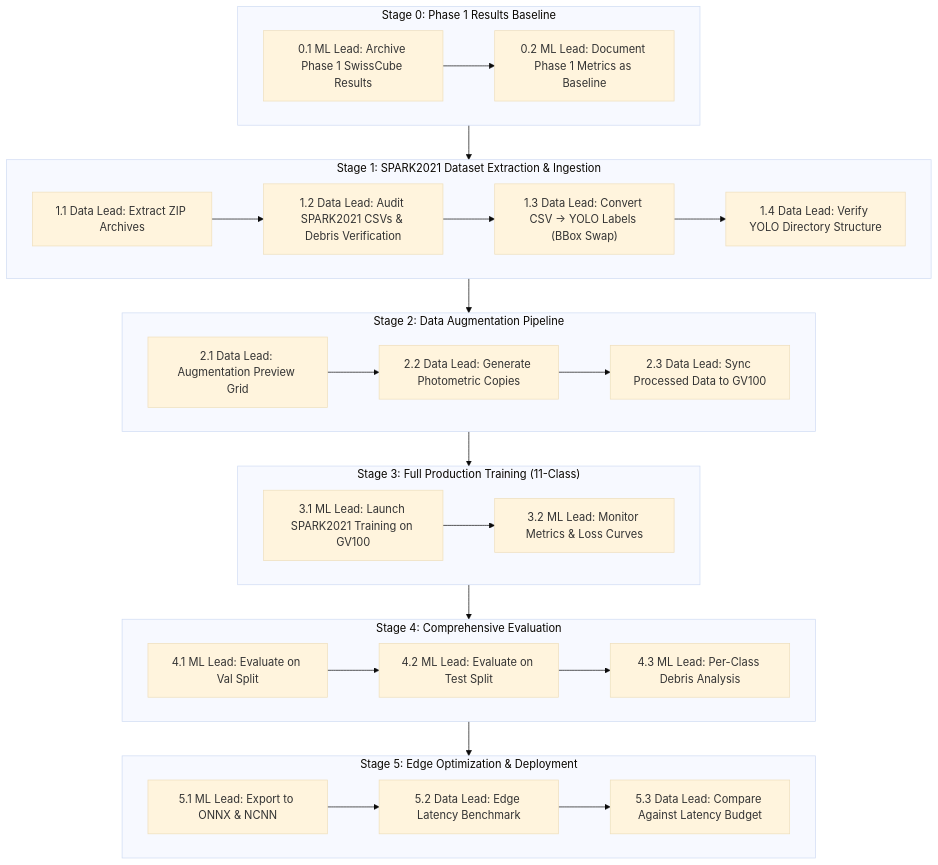
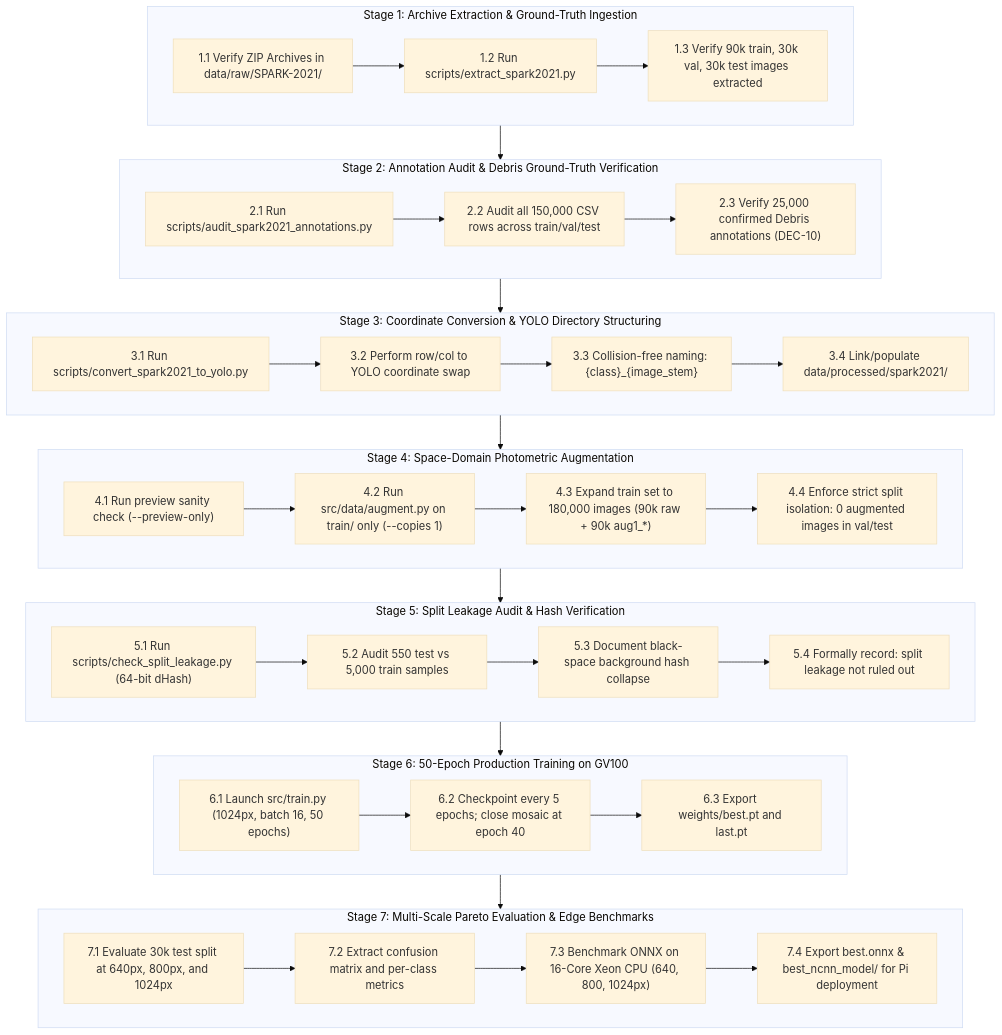
The diagram in docs/WORKFLOW_PLAYBOOK.md (Wall-E-30/space-debris-detection-system), drawn with Mermaid (base theme) before and after one commit. The commit also changed other lines of this file, not shown here.

Commit message:
docs: create Phase 2 workflow playbook tailored for NVIDIA Quadro GV100 workstation

````diff
--- a/docs/WORKFLOW_PLAYBOOK.md
+++ b/docs/WORKFLOW_PLAYBOOK.md
@@ -37,38 +31,55 @@
 ```mermaid
 flowchart TD
-    subgraph STAGE_0["Stage 0: Phase 1 Results Baseline"]
-        S0_1["0.1 ML Lead: Archive Phase 1 SwissCube Results"]
-        S0_1 --> S0_2["0.2 ML Lead: Document Phase 1 Metrics as Baseline"]
+    subgraph STAGE_1["Stage 1: Archive Extraction & Ground-Truth Ingestion"]
+        S1_1["1.1 Verify ZIP Archives in data/raw/SPARK-2021/"]
+        S1_1 --> S1_2["1.2 Run scripts/extract_spark2021.py"]
+        S1_2 --> S1_3["1.3 Verify 90k train, 30k val, 30k test images extracted"]
     end
 
-    subgraph STAGE_1["Stage 1: SPARK2021 Dataset Extraction & Ingestion"]
-        S1_1["1.1 Data Lead: Extract ZIP Archives"] --> S1_2["1.2 Data Lead: Audit SPARK2021 CSVs & Debris Verification"]
-        S1_2 --> S1_3["1.3 Data Lead: Convert CSV → YOLO Labels (BBox Swap)"]
-        S1_3 --> S1_4["1.4 Data Lead: Verify YOLO Directory Structure"]
+    subgraph STAGE_2["Stage 2: Annotation Audit & Debris Ground-Truth Verification"]
+        S2_1["2.1 Run scripts/audit_spark2021_annotations.py"]
+        S2_1 --> S2_2["2.2 Audit all 150,000 CSV rows across train/val/test"]
+        S2_2 --> S2_3["2.3 Verify 25,000 confirmed Debris annotations (DEC-10)"]
     end
 
-    subgraph STAGE_2["Stage 2: Data Augmentation Pipeline"]
-        S2_1["2.1 Data Lead: Augmentation Preview Grid"] --> S2_2["2.2 Data Lead: Generate Photometric Copies"]
-        S2_2 --> S2_3["2.3 Data Lead: Sync Processed Data to GV100"]
+    subgraph STAGE_3["Stage 3: Coordinate Conversion & YOLO Directory Structuring"]
+        S3_1["3.1 Run scripts/convert_spark2021_to_yolo.py"]
+        S3_1 --> S3_2["3.2 Perform row/col to YOLO coordinate swap"]
+        S3_2 --> S3_3["3.3 Collision-free naming: {class}_{image_stem}"]
+        S3_3 --> S3_4["3.4 Link/populate data/processed/spark2021/"]
     end
 
-    subgraph STAGE_3["Stage 3: Full Production Training (11-Class)"]
-        S3_1["3.1 ML Lead: Launch SPARK2021 Training on GV100"] --> S3_2["3.2 ML Lead: Monitor Metrics & Loss Curves"]
+    subgraph STAGE_4["Stage 4: Space-Domain Photometric Augmentation"]
+        S4_1["4.1 Run preview sanity check (--preview-only)"]
+        S4_1 --> S4_2["4.2 Run src/data/augment.py on train/ only (--copies 1)"]
+        S4_2 --> S4_3["4.3 Expand train set to 180,000 images (90k raw + 90k aug1_*)"]
+        S4_3 --> S4_4["4.4 Enforce strict split isolation: 0 augmented images in val/test"]
     end
 
-    subgraph STAGE_4["Stage 4: Comprehensive Evaluation"]
-        S4_1["4.1 ML Lead: Evaluate on Val Split"] --> S4_2["4.2 ML Lead: Evaluate on Test Split"]
-        S4_2 --> S4_3["4.3 ML Lead: Per-Class Debris Analysis"]
+    subgraph STAGE_5["Stage 5: Split Leakage Audit & Hash Verification"]
+        S5_1["5.1 Run scripts/check_split_leakage.py (64-bit dHash)"]
+        S5_1 --> S5_2["5.2 Audit 550 test vs 5,000 train samples"]
+        S5_2 --> S5_3["5.3 Document black-space background hash collapse"]
+        S5_3 --> S5_4["5.4 Formally record: split leakage not ruled out"]
     end
 
-    subgraph STAGE_5["Stage 5: Edge Optimization & Deployment"]
-        S5_1["5.1 ML Lead: Export to ONNX & NCNN"] --> S5_2["5.2 Data Lead: Edge Latency Benchmark"]
-        S5_2 --> S5_3["5.3 Data Lead: Compare Against Latency Budget"]
+    subgraph STAGE_6["Stage 6: 50-Epoch Production Training on GV100"]
+        S6_1["6.1 Launch src/train.py (1024px, batch 16, 50 epochs)"]
+        S6_1 --> S6_2["6.2 Checkpoint every 5 epochs; close mosaic at epoch 40"]
+        S6_2 --> S6_3["6.3 Export weights/best.pt and last.pt"]
     end
 
-    STAGE_0 --> STAGE_1
+    subgraph STAGE_7["Stage 7: Multi-Scale Pareto Evaluation & Edge Benchmarks"]
+        S7_1["7.1 Evaluate 30k test split at 640px, 800px, and 1024px"]
+        S7_1 --> S7_2["7.2 Extract confusion matrix and per-class metrics"]
+        S7_2 --> S7_3["7.3 Benchmark ONNX on 16-Core Xeon CPU (640, 800, 1024px)"]
+        S7_3 --> S7_4["7.4 Export best.onnx & best_ncnn_model/ for Pi deployment"]
+    end
+
     STAGE_1 --> STAGE_2
     STAGE_2 --> STAGE_3
     STAGE_3 --> STAGE_4
     STAGE_4 --> STAGE_5
+    STAGE_5 --> STAGE_6
+    STAGE_6 --> STAGE_7
 ```
````
